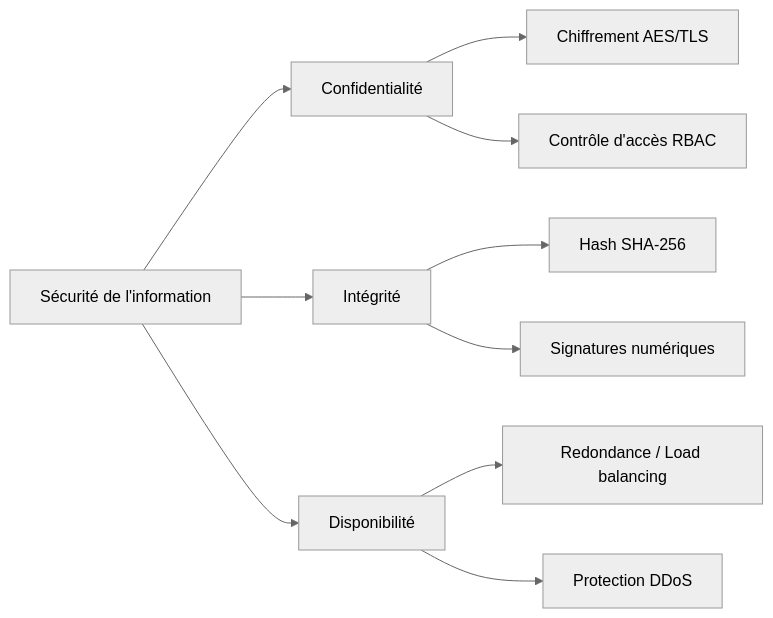
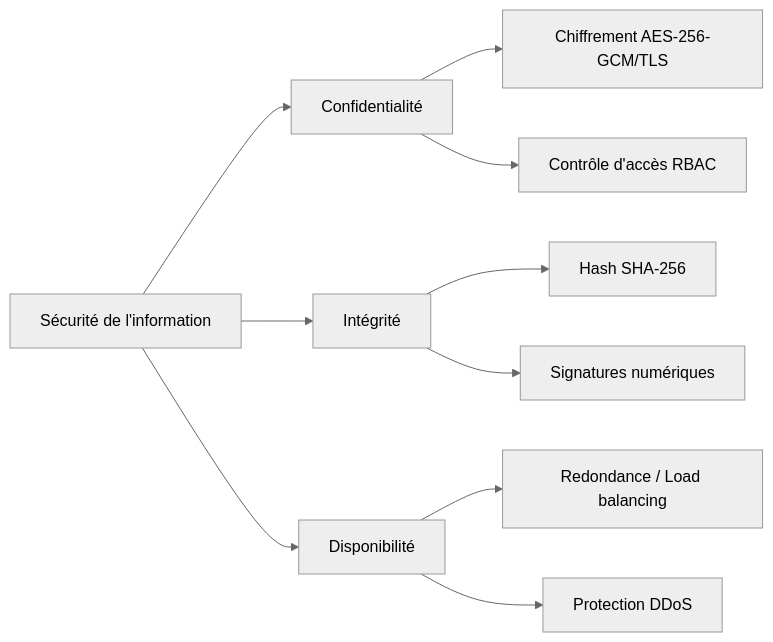
Before and after one commit to fabrice1618/security_by_design: the first of 8 diagrams in seance1.md, drawn with Mermaid (neutral theme). The commit also changed other lines of this file, not shown here.

````diff
--- a/seance1.md
+++ b/seance1.md
@@ -43,12 +46,12 @@
 ```mermaid
 graph LR
     CIA[Sécurité de l'information] --> Conf[Confidentialité]
     CIA --> Int[Intégrité]
     CIA --> Disp[Disponibilité]
-    Conf --> C1[Chiffrement AES/TLS]
+    Conf --> C1[Chiffrement AES-256-GCM/TLS]
     Conf --> C2[Contrôle d'accès RBAC]
     Int --> I1[Hash SHA-256]
     Int --> I2[Signatures numériques]
     Disp --> D1[Redondance / Load balancing]
     Disp --> D2[Protection DDoS]
 ```
````
